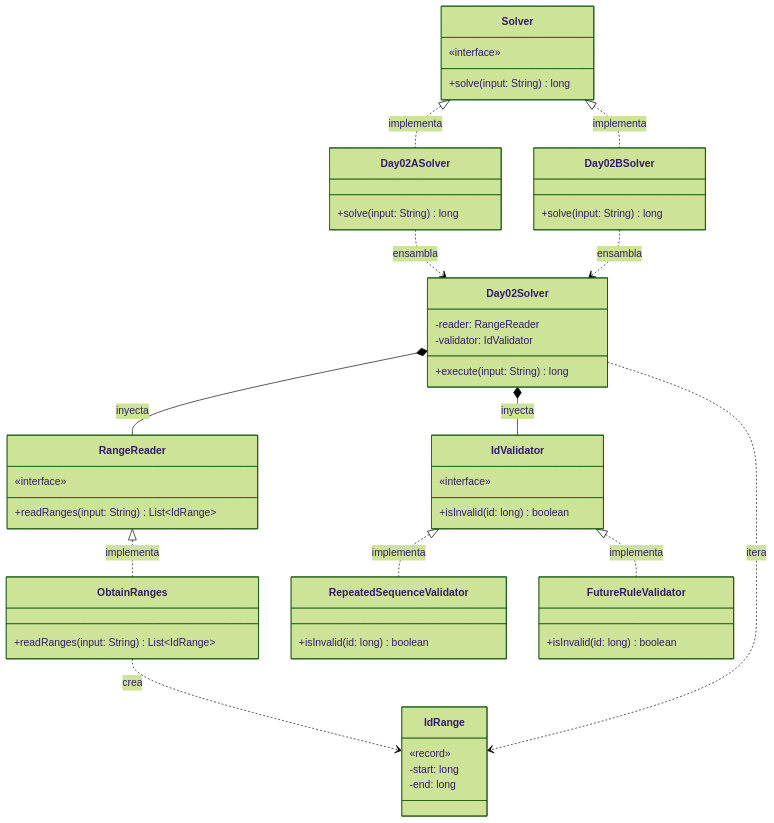
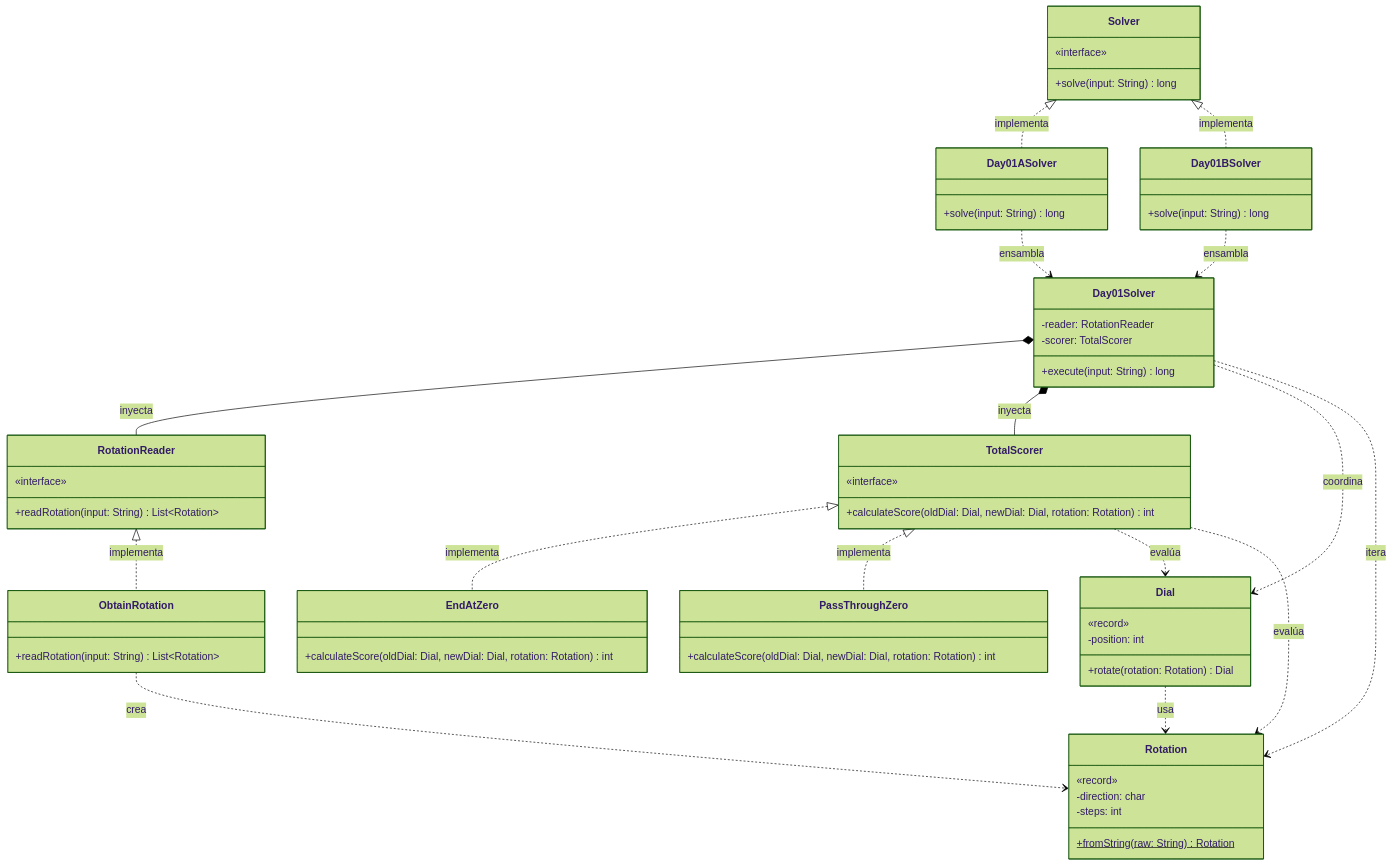
The diagram in src/main/java/software/aoc/day01/README.md (ivanperezdiaz829/AoC2025), drawn with Mermaid (forest theme) before and after one commit. The commit also changed other lines of this file and 1 other file, not shown here.

Commit message:
fix(README): Diagram improvements added

````diff
--- a/src/main/java/software/aoc/day01/README.md
+++ b/src/main/java/software/aoc/day01/README.md
@@ -37,66 +37,77 @@
 ```mermaid
 classDiagram
   class Solver {
     «interface»
     +solve(input: String) long
   }
 
-  class Day02ASolver {
+  class Day01ASolver {
     +solve(input: String) long
   }
 
-  class Day02BSolver {
+  class Day01BSolver {
     +solve(input: String) long
   }
 
-  class Day02Solver {
-    -reader: RangeReader
-    -validator: IdValidator
+  class Day01Solver {
+    -reader: RotationReader
+    -scorer: TotalScorer
     +execute(input: String) long
   }
 
-  class IdRange {
+  class Rotation {
     «record»
-    -start: long
-    -end: long
+    -direction: char
+    -steps: int
+    +fromString(raw: String)$ Rotation
   }
 
-  class RangeReader {
+  class RotationReader {
     «interface»
-    +readRanges(input: String) List~IdRange~
+    +readRotation(input: String) List~Rotation~
   }
 
-  class ObtainRanges {
-    +readRanges(input: String) List~IdRange~
+  class ObtainRotation {
+    +readRotation(input: String) List~Rotation~
   }
 
-  class IdValidator {
+  class TotalScorer {
     «interface»
-    +isInvalid(id: long) boolean
+    +calculateScore(oldDial: Dial, newDial: Dial, rotation: Rotation) int
   }
 
-  class RepeatedSequenceValidator {
-    +isInvalid(id: long) boolean
+  class EndAtZero {
+    +calculateScore(oldDial: Dial, newDial: Dial, rotation: Rotation) int
   }
 
-  class FutureRuleValidator {
-    +isInvalid(id: long) boolean
+  class PassThroughZero {
+    +calculateScore(oldDial: Dial, newDial: Dial, rotation: Rotation) int
+  }
+
+  class Dial {
+    «record»
+    -position: int
+    +rotate(rotation: Rotation) Dial
   }
 
 %% Relaciones de Implementación
-  Solver <|.. Day02ASolver : implementa
-  Solver <|.. Day02BSolver : implementa
-  RangeReader <|.. ObtainRanges : implementa
-  IdValidator <|.. RepeatedSequenceValidator : implementa
-  IdValidator <|.. FutureRuleValidator : implementa
+  Solver <|.. Day01ASolver : implementa
+  Solver <|.. Day01BSolver : implementa
+  RotationReader <|.. ObtainRotation : implementa
+  TotalScorer <|.. EndAtZero : implementa
+  TotalScorer <|.. PassThroughZero : implementa
 
 %% Relaciones de Orquestación e Inyección
-  Day02ASolver ..> Day02Solver : ensambla
-  Day02BSolver ..> Day02Solver : ensambla
-  Day02Solver *-- RangeReader : inyecta
-  Day02Solver *-- IdValidator : inyecta
+  Day01ASolver ..> Day01Solver : ensambla
+  Day01BSolver ..> Day01Solver : ensambla
+  Day01Solver *-- RotationReader : inyecta
+  Day01Solver *-- TotalScorer : inyecta
 
 %% Dependencias de Dominio (Value Objects e Inmutabilidad)
-  ObtainRanges ..> IdRange : crea
-  Day02Solver ..> IdRange : itera
+  ObtainRotation ..> Rotation : crea
+  Day01Solver ..> Dial : coordina
+  Day01Solver ..> Rotation : itera
+  TotalScorer ..> Dial : evalúa
+  TotalScorer ..> Rotation : evalúa
+  Dial ..> Rotation : usa
 ```
````
